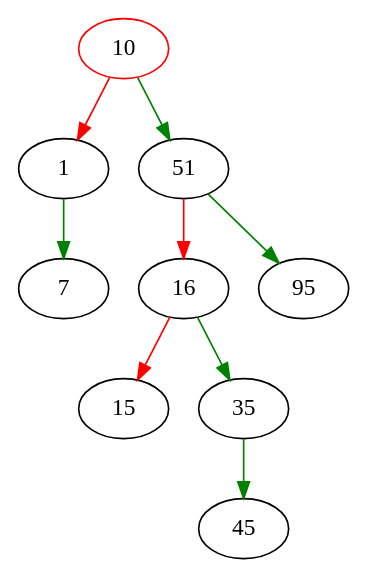
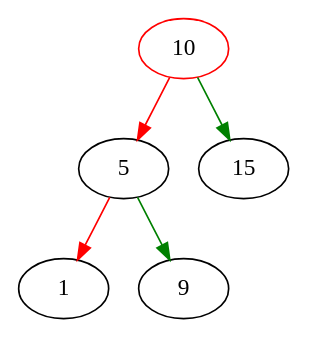
One commit to bsdshell/java changed the diagram in bintree.gv. Above: the diagram before and after it, drawn with Graphviz. The commit also changed 333 other files, not shown here.

```diff
--- a/bintree.gv
+++ b/bintree.gv
@@ -1,11 +1,7 @@
 digraph G{
 10[color=red];
-10->1[color=red];
-1->7[color=green];
-10->51[color=green];
-51->16[color=red];
-16->15[color=red];
-16->35[color=green];
-35->45[color=green];
-51->95[color=green];
+10->5[color=red];
+5->1[color=red];
+5->9[color=green];
+10->15[color=green];
 }
```
